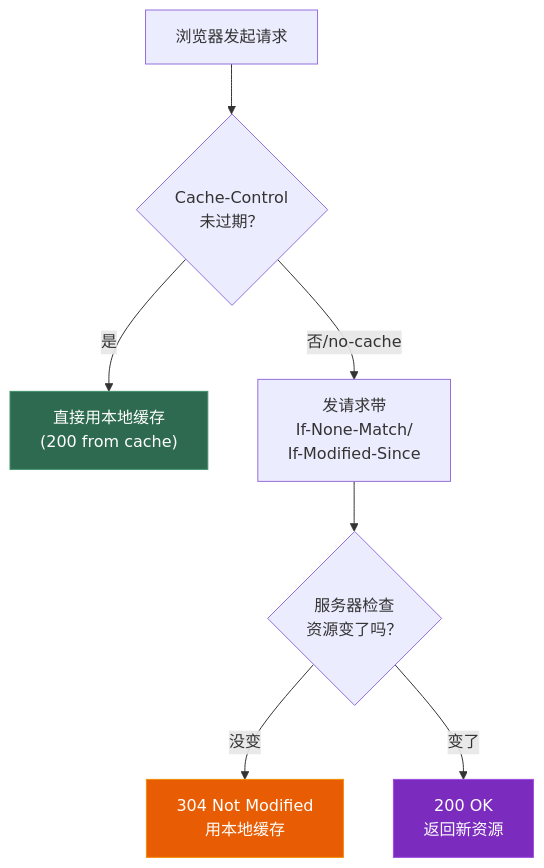
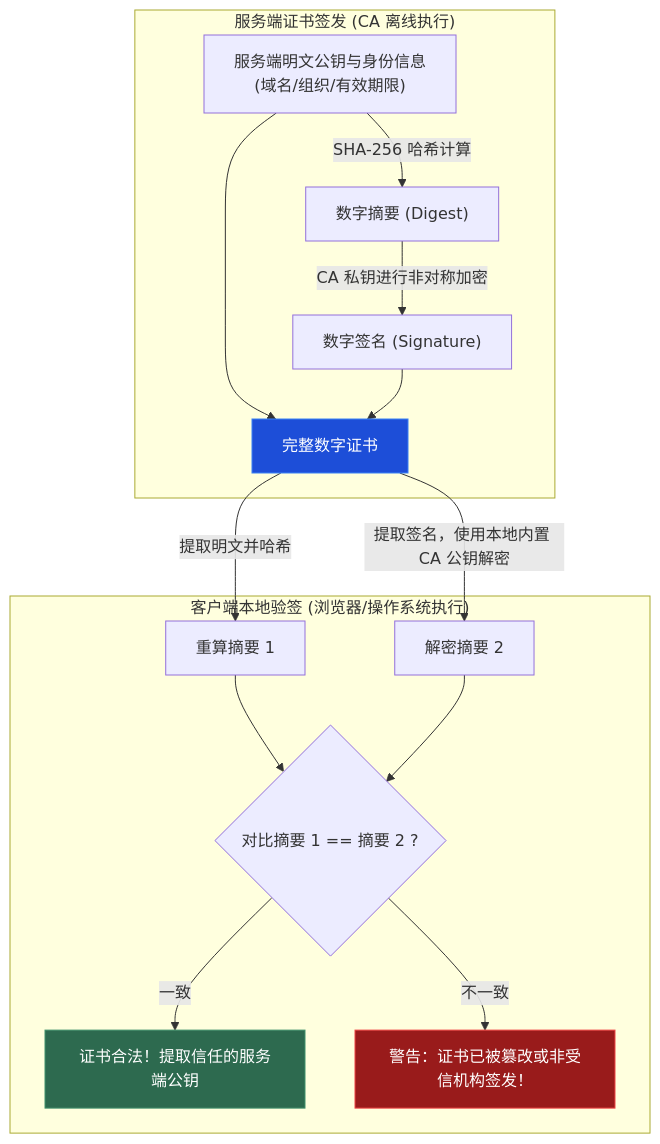
Before and after one commit to Lumivers/firefly: the third of 3 diagrams in src/content/posts/network/04_http.md, drawn with Mermaid. The commit also changed other lines of this file and 18 other files, not shown here.

````diff
--- a/src/content/posts/network/04_http.md
+++ b/src/content/posts/network/04_http.md
@@ -254,21 +150,22 @@
 ```mermaid
 graph TD
-    req["浏览器发起请求"]
-    cc{"Cache-Control\n未过期？"}
-    local["直接用本地缓存\n(200 from cache)"]
-    ask["发请求带\nIf-None-Match/\nIf-Modified-Since"]
-    check{"服务器检查\n资源变了吗？"}
-    n304["304 Not Modified\n用本地缓存"]
-    n200["200 OK\n返回新资源"]
+    subgraph "服务端证书签发 (CA 离线执行)"
+        A["服务端明文公钥与身份信息\n(域名/组织/有效期限)"] -->|"SHA-256 哈希计算"| B["数字摘要 (Digest)"]
+        B -->|"CA 私钥进行非对称加密"| C["数字签名 (Signature)"]
+        A --> D["完整数字证书"]
+        C --> D
+    end
 
-    req --> cc
-    cc -->|"是"| local
-    cc -->|"否/no-cache"| ask
-    ask --> check
-    check -->|"没变"| n304
-    check -->|"变了"| n200
+    subgraph "客户端本地验签 (浏览器/操作系统执行)"
+        D -->|"提取明文并哈希"| E["重算摘要 1"]
+        D -->|"提取签名，使用本地内置 CA 公钥解密"| F["解密摘要 2"]
+        E --> G{"对比摘要 1 == 摘要 2 ?"}
+        F --> G
+        G -->|"一致"| H["证书合法！提取信任的服务端公钥"]
+        G -->|"不一致"| Fail["警告：证书已被篡改或非受信机构签发！"]
+    end
 
-    style local fill:#2d6a4f,stroke:#40916c,color:white
-    style n304 fill:#e85d04,stroke:#f48c06,color:white
-    style n200 fill:#7b2cbf,stroke:#9d4edd,color:white
+    style D fill:#1d4ed8,stroke:#3b82f6,color:white
+    style H fill:#2d6a4f,stroke:#40916c,color:white
+    style Fail fill:#991b1b,stroke:#ef4444,color:white
 ```
````
